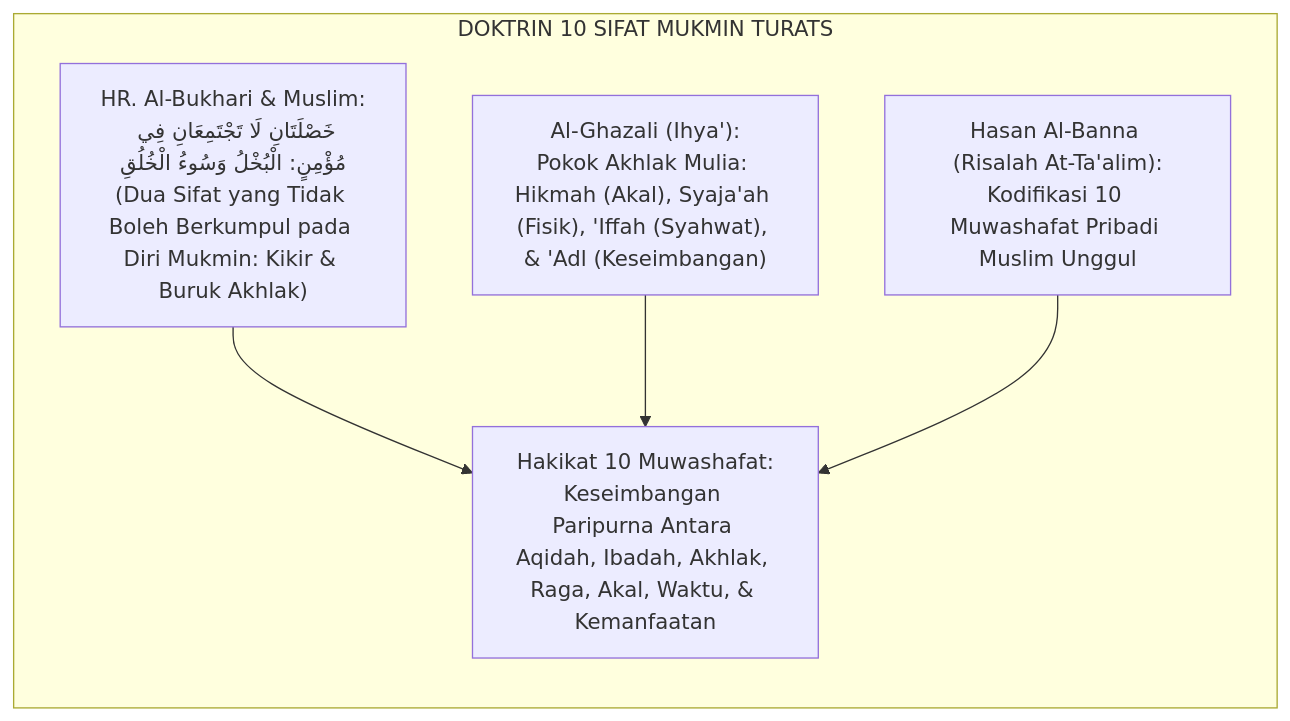
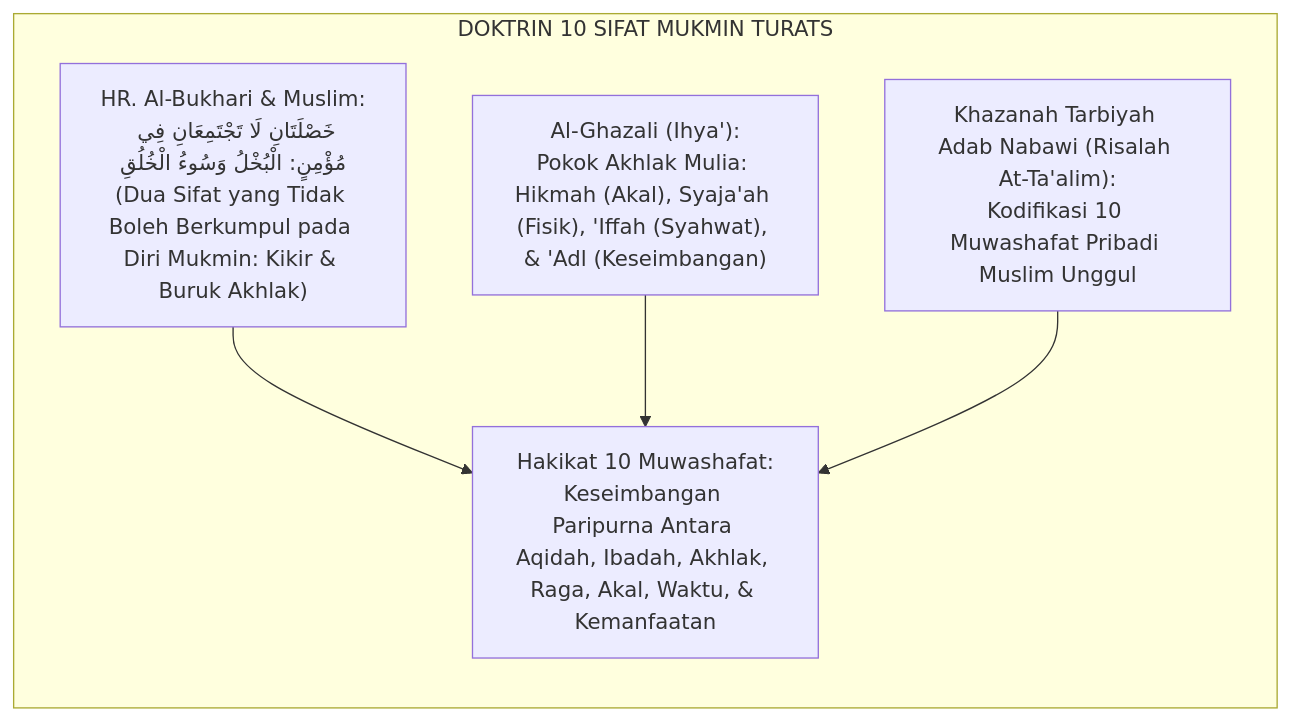
The second of 7 diagrams in 04 Progression Framework/04 Mastery Progression/P4-04-03-Matriks-Internalisasi-10-Karakter-Muwashafat.md (wandiapriliyandi/tumbuh), drawn with Mermaid before and after one commit. The commit also changed other lines of this file and 11 other files, not shown here.

Commit message:
refactor: eliminasi seluruh atribusi nama Hasan al-Banna dan pembakuan taksonomi karakter berbasis Turats Islam & Adab Nabawi

````diff
--- a/04 Progression Framework/04 Mastery Progression/P4-04-03-Matriks-Internalisasi-10-Karakter-Muwashafat.md
+++ b/04 Progression Framework/04 Mastery Progression/P4-04-03-Matriks-Internalisasi-10-Karakter-Muwashafat.md
@@ -74,8 +74,8 @@
 ```mermaid
 flowchart LR
     subgraph TuratsKhisalAsyrahSalaf["DOKTRIN 10 SIFAT MUKMIN TURATS"]
         HaditsSyiam["HR. Al-Bukhari & Muslim:<br/>خَصْلَتَانِ لَا تَجْتَمِعَانِ فِي مُؤْمِنٍ: الْبُخْلُ وَسُوءُ الْخُلُقِ<br/>(Dua Sifat yang Tidak Boleh Berkumpul pada Diri Mukmin: Kikir & Buruk Akhlak)"] --> Inti["Hakikat 10 Muwashafat:<br/>Keseimbangan Paripurna Antara Aqidah, Ibadah, Akhlak, Raga, Akal, Waktu, & Kemanfaatan"]
         Ghazali["Al-Ghazali (Ihya'):<br/>Pokok Akhlak Mulia: Hikmah (Akal), Syaja'ah (Fisik), 'Iffah (Syahwat), & 'Adl (Keseimbangan)"] --> Inti
-        Banna["Hasan Al-Banna (Risalah At-Ta'alim):<br/>Kodifikasi 10 Muwashafat Pribadi Muslim Unggul"] --> Inti
+        Banna["Khazanah Tarbiyah Adab Nabawi (Risalah At-Ta'alim):<br/>Kodifikasi 10 Muwashafat Pribadi Muslim Unggul"] --> Inti
     end
 ```
````
